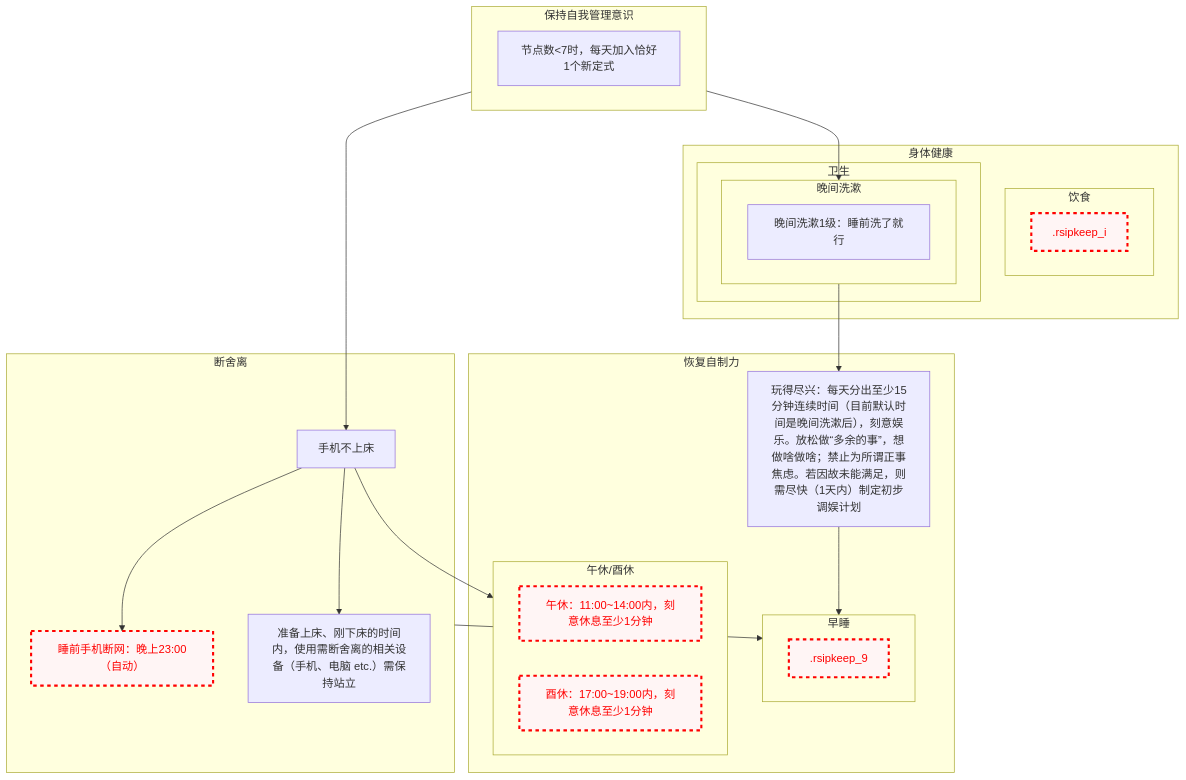
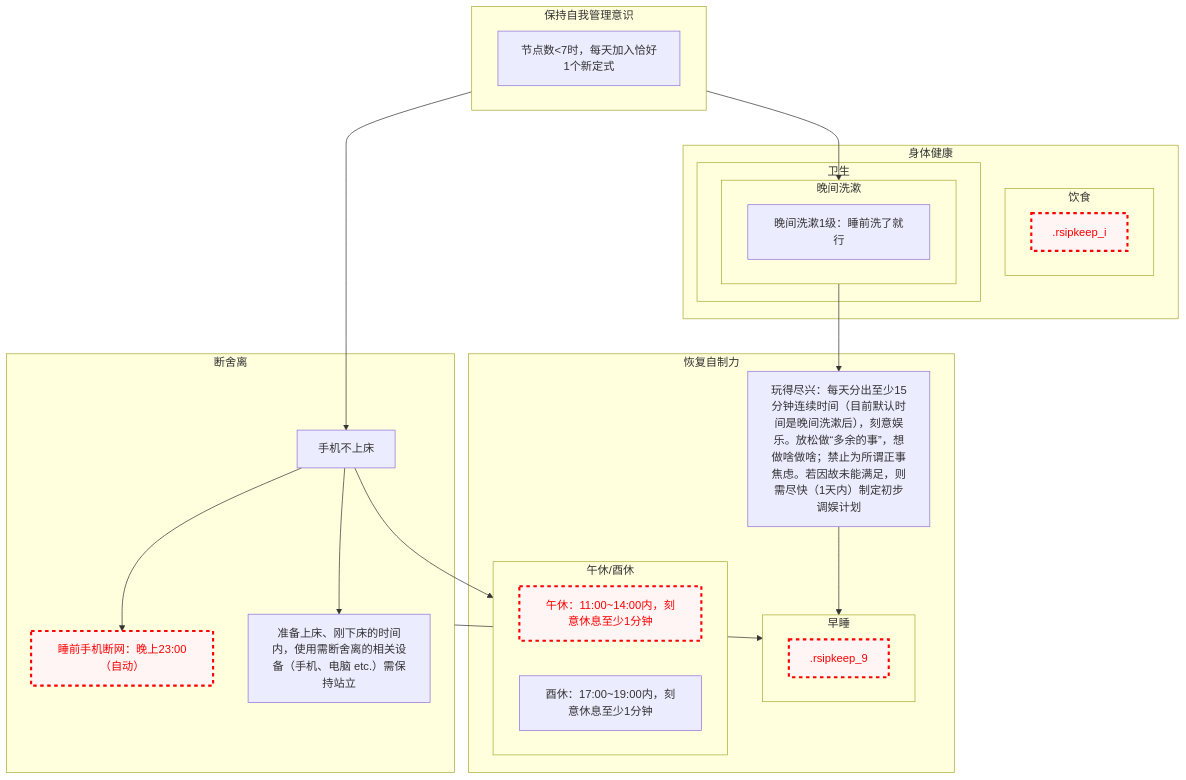
One commit to Ethkuil/RSIP-tree changed the diagram in README.md. Above: the diagram before and after it, drawn with Mermaid.

Commit message:
enable k[酉休]

````diff
--- a/README.md
+++ b/README.md
@@ -9,48 +9,47 @@
 ```mermaid
 graph TD
 
 classDef failed stroke:#ff0000, stroke-width:3px, color:#ff0000, fill:#fff5f5, stroke-dasharray: 5
 
 subgraph 5[保持自我管理意识]
   0[节点数<7时，每天加入恰好1个新定式]
 end
 5 --> 1
 5 --> 6
 
 subgraph d[断舍离]
   1[手机不上床]
   1 --> e[睡前手机断网：晚上23:00（自动）]
   class e failed
   1 --> l[准备上床、刚下床的时间内，使用需断舍离的相关设备（手机、电脑 etc.）需保持站立]
 end
 
 subgraph g[身体健康]
   subgraph h[卫生]
     subgraph 6[晚间洗漱]
       b[晚间洗漱1级：睡前洗了就行]
     end
   end
   subgraph i[饮食]
     .rsipkeep_i
     class .rsipkeep_i failed
   end
 end
 
 1 --> 2
 d --> 9
 6 --> 8
 subgraph f[恢复自制力]
   subgraph 2[午休/酉休]
     j[午休：11:00~14:00内，刻意休息至少1分钟]
     k[酉休：17:00~19:00内，刻意休息至少1分钟]
     class j failed
-    class k failed
   end
   8[玩得尽兴：每天分出至少15分钟连续时间（目前默认时间是晚间洗漱后），刻意娱乐。放松做“多余的事”，想做啥做啥；禁止为所谓正事焦虑。若因故未能满足，则需尽快（1天内）制定初步调娱计划]
   8 --> 9
   subgraph 9[早睡]
     .rsipkeep_9
     class .rsipkeep_9 failed
   end
 end
 ```
````
